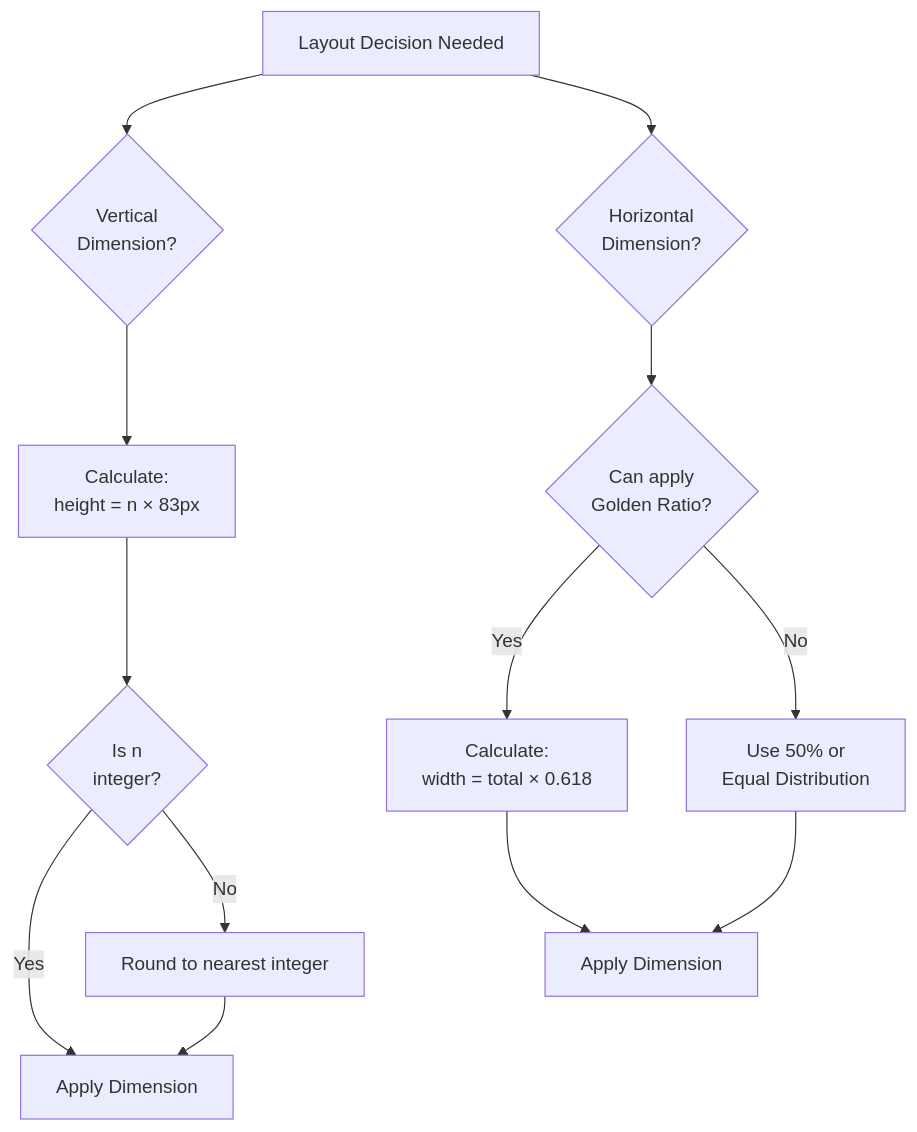
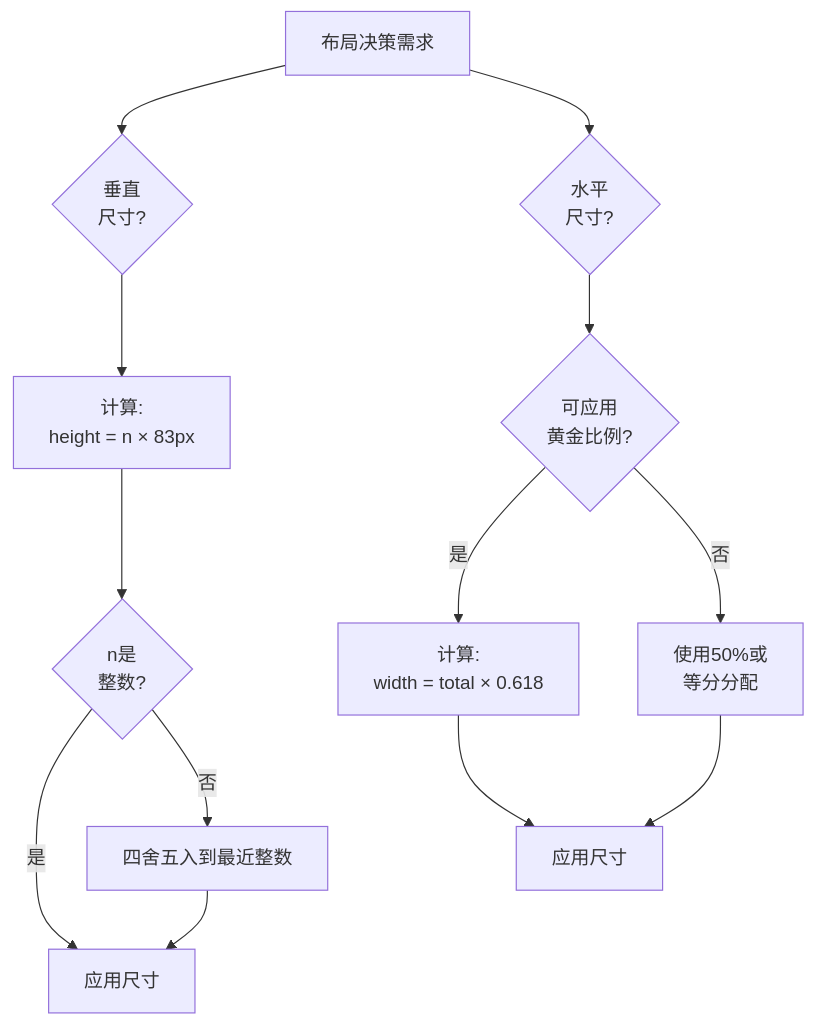
One commit to zlex001/LOA-Client changed the second of 2 diagrams in Documents/System/UI设计风格分析.md. Above: the diagram before and after it, drawn with Mermaid. The commit also changed other lines of this file and 2 other files, not shown here.

````diff
--- a/Documents/System/UI设计风格分析.md
+++ b/Documents/System/UI设计风格分析.md
@@ -359,19 +360,19 @@
 ```mermaid
 graph TD
-    LayoutDecision[Layout Decision Needed]
+    LayoutDecision[布局决策需求]
     
-    LayoutDecision --> Vertical{Vertical<br/>Dimension?}
-    LayoutDecision --> Horizontal{Horizontal<br/>Dimension?}
+    LayoutDecision --> Vertical{垂直<br/>尺寸?}
+    LayoutDecision --> Horizontal{水平<br/>尺寸?}
     
-    Vertical --> UnitCalc["Calculate:<br/>height = n × 83px"]
-    UnitCalc --> ValidateUnit{Is n<br/>integer?}
-    ValidateUnit -->|Yes| UseUnit[Apply Dimension]
-    ValidateUnit -->|No| AdjustUnit[Round to nearest integer]
+    Vertical --> UnitCalc["计算:<br/>height = n × 83px"]
+    UnitCalc --> ValidateUnit{n是<br/>整数?}
+    ValidateUnit -->|是| UseUnit[应用尺寸]
+    ValidateUnit -->|否| AdjustUnit[四舍五入到最近整数]
     AdjustUnit --> UseUnit
     
-    Horizontal --> GoldenCheck{Can apply<br/>Golden Ratio?}
-    GoldenCheck -->|Yes| CalcGolden["Calculate:<br/>width = total × 0.618"]
-    GoldenCheck -->|No| UseHalf["Use 50% or<br/>Equal Distribution"]
-    CalcGolden --> UseWidth[Apply Dimension]
+    Horizontal --> GoldenCheck{可应用<br/>黄金比例?}
+    GoldenCheck -->|是| CalcGolden["计算:<br/>width = total × 0.618"]
+    GoldenCheck -->|否| UseHalf["使用50%或<br/>等分分配"]
+    CalcGolden --> UseWidth[应用尺寸]
     UseHalf --> UseWidth
 ```
````
